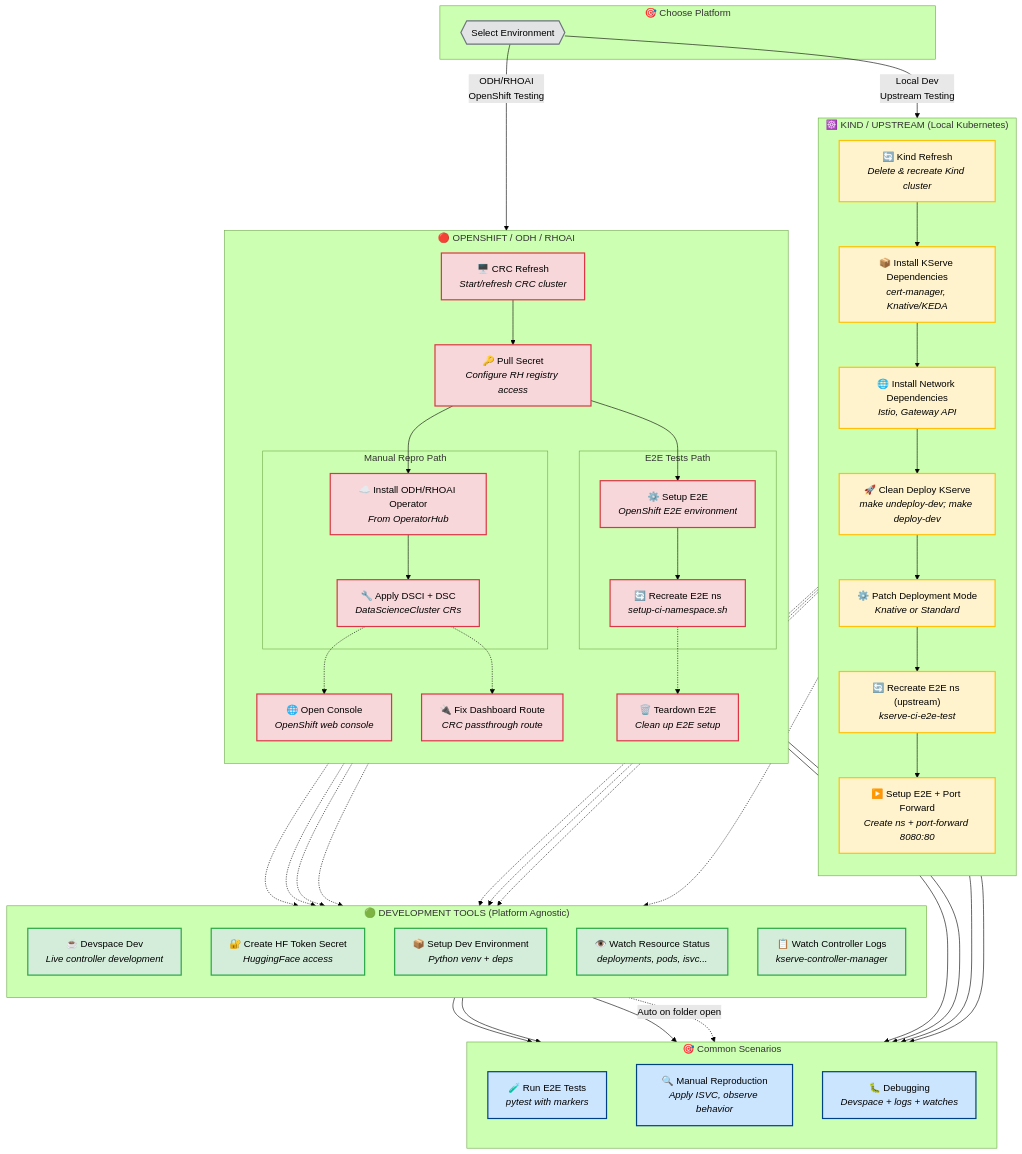
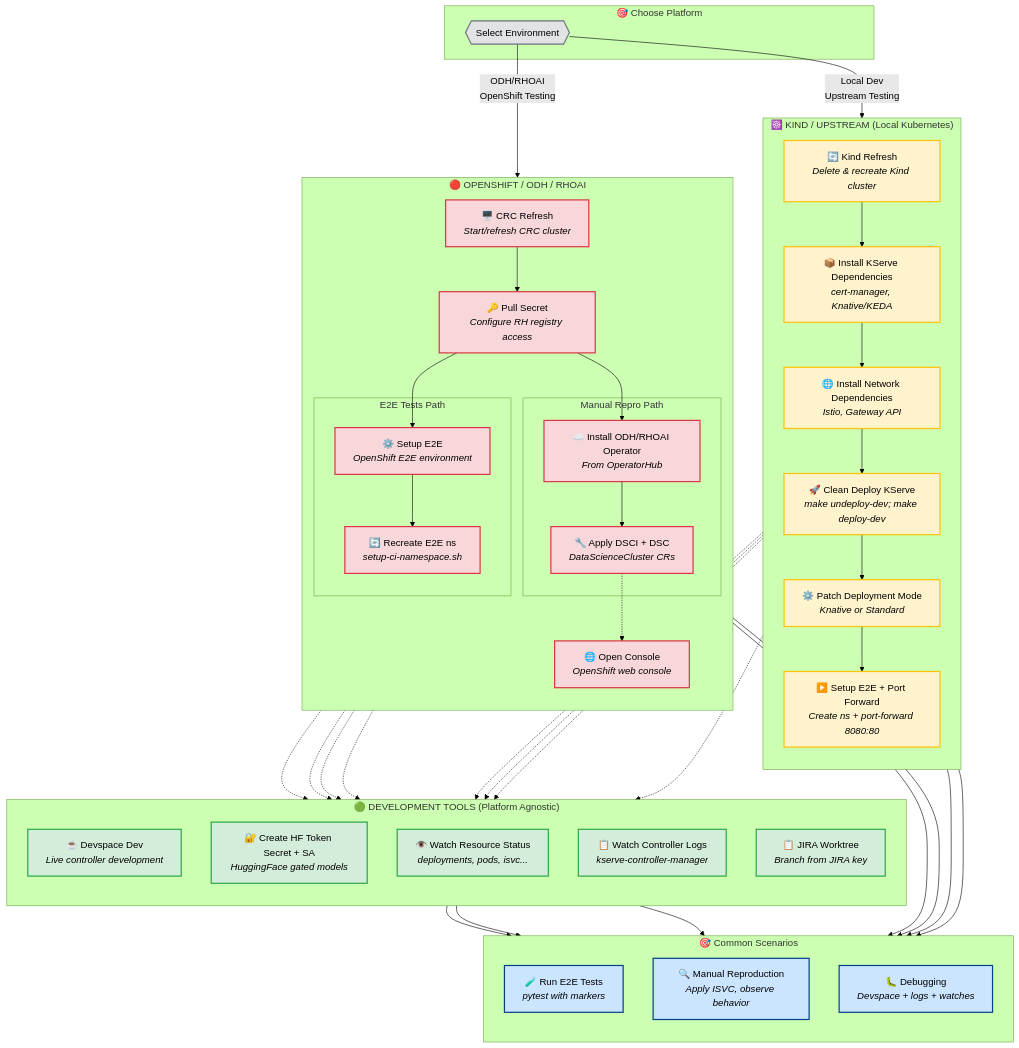
Before and after one commit to jlost/kserve-workspace: the diagram in workflow.md, drawn with Mermaid (forest theme). The commit also changed other lines of this file and 4 other files, not shown here.

```diff
--- a/workflow.md
+++ b/workflow.md
@@ -20,15 +20,13 @@
         K2b["🌐 Install Network Dependencies<br/><i>Istio, Gateway API</i>"]
         K3["🚀 Clean Deploy KServe<br/><i>make undeploy-dev; make deploy-dev</i>"]
         K4["⚙️ Patch Deployment Mode<br/><i>Knative or Standard</i>"]
-        K5["🔄 Recreate E2E ns (upstream)<br/><i>kserve-ci-e2e-test</i>"]
-        K6["▶️ Setup E2E + Port Forward<br/><i>Create ns + port-forward 8080:80</i>"]
+        K5["▶️ Setup E2E + Port Forward<br/><i>Create ns + port-forward 8080:80</i>"]
         
         K1 --> K2
         K2 --> K2b
         K2b --> K3
         K3 --> K4
         K4 --> K5
-        K5 --> K6
     end
 
     %% ============================================================
@@ -50,8 +48,6 @@
         end
         
         O7["🌐 Open Console<br/><i>OpenShift web console</i>"]
-        O8["🔌 Fix Dashboard Route<br/><i>CRC passthrough route</i>"]
-        O9["🗑️ Teardown E2E<br/><i>Clean up E2E setup</i>"]
         
         O1 --> O2
         O2 --> O3
@@ -59,8 +55,6 @@
         O3 --> O4
         O5 --> O6
         O4 -.-> O7
-        O4 -.-> O8
-        O6 -.-> O9
     end
 
     %% ============================================================
@@ -69,10 +63,10 @@
     subgraph dev["🟢 DEVELOPMENT TOOLS (Platform Agnostic)"]
         direction TB
         D1["☕ Devspace Dev<br/><i>Live controller development</i>"]
-        D2["🔐 Create HF Token Secret<br/><i>HuggingFace access</i>"]
-        D3["📦 Setup Dev Environment<br/><i>Python venv + deps</i>"]
-        D4["👁️ Watch Resource Status<br/><i>deployments, pods, isvc...</i>"]
-        D5["📋 Watch Controller Logs<br/><i>kserve-controller-manager</i>"]
+        D2["🔐 Create HF Token Secret + SA<br/><i>HuggingFace gated models</i>"]
+        D3["👁️ Watch Resource Status<br/><i>deployments, pods, isvc...</i>"]
+        D4["📋 Watch Controller Logs<br/><i>kserve-controller-manager</i>"]
+        D5["📋 JIRA Worktree<br/><i>Branch from JIRA key</i>"]
     end
 
     %% ============================================================
@@ -89,26 +83,24 @@
     A -->|"Local Dev<br/>Upstream Testing"| K1
     A -->|"ODH/RHOAI<br/>OpenShift Testing"| O1
 
-    K6 --> G1
-    K6 --> G2
+    K5 --> G1
+    K5 --> G2
     O6 --> G1
     O6 --> G2
 
     %% Development tools connect to both paths
     K3 -.-> D1
-    K6 -.-> D4
-    K6 -.-> D5
-    K6 -.-> D2
+    K5 -.-> D3
+    K5 -.-> D4
+    K5 -.-> D2
     O4 -.-> D1
+    O6 -.-> D3
     O6 -.-> D4
-    O6 -.-> D5
     O6 -.-> D2
 
     D1 --> G3
+    D3 --> G3
     D4 --> G3
-    D5 --> G3
-
-    D3 -.->|"Auto on folder open"| G1
 
     %% Styling
     classDef kindStyle fill:#fff3cd,stroke:#ffc107,stroke-width:2px,color:#000
@@ -117,8 +109,8 @@
     classDef goalStyle fill:#cce5ff,stroke:#004085,stroke-width:2px,color:#000
     classDef startStyle fill:#e2e3e5,stroke:#6c757d,stroke-width:2px,color:#000
 
-    class K1,K2,K2b,K3,K4,K5,K6 kindStyle
-    class O1,O2,O3,O4,O5,O6,O7,O8,O9 ocpStyle
+    class K1,K2,K2b,K3,K4,K5 kindStyle
+    class O1,O2,O3,O4,O5,O6,O7 ocpStyle
     class D1,D2,D3,D4,D5 devStyle
     class G1,G2,G3 goalStyle
     class A startStyle
```
